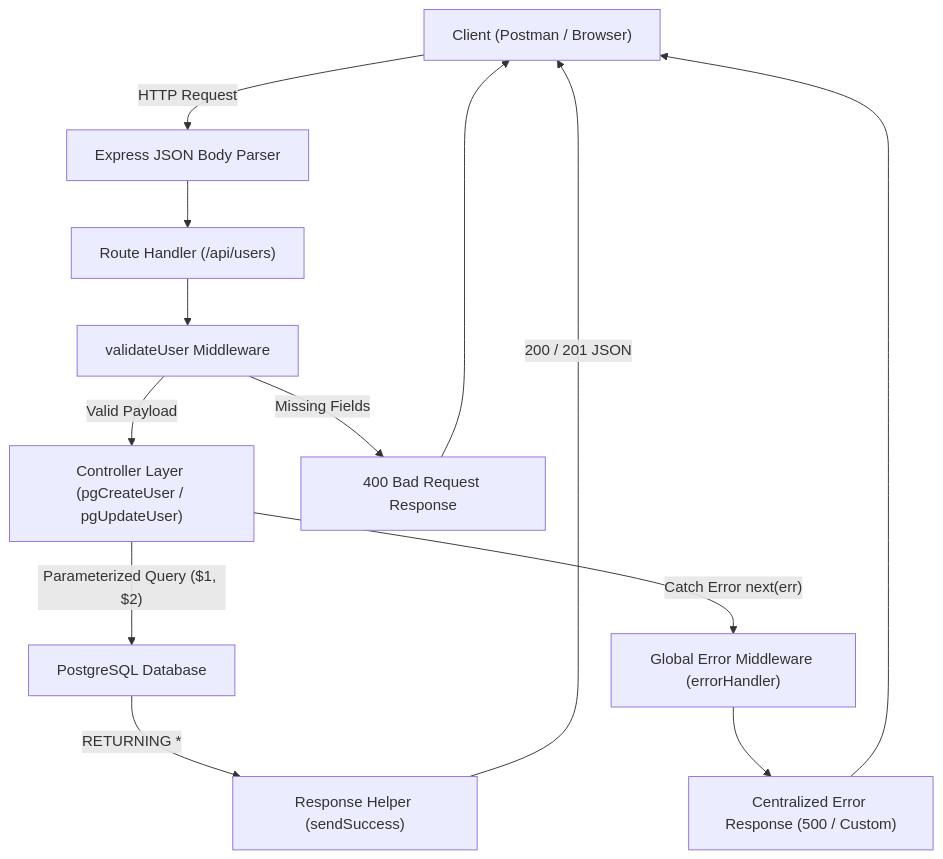
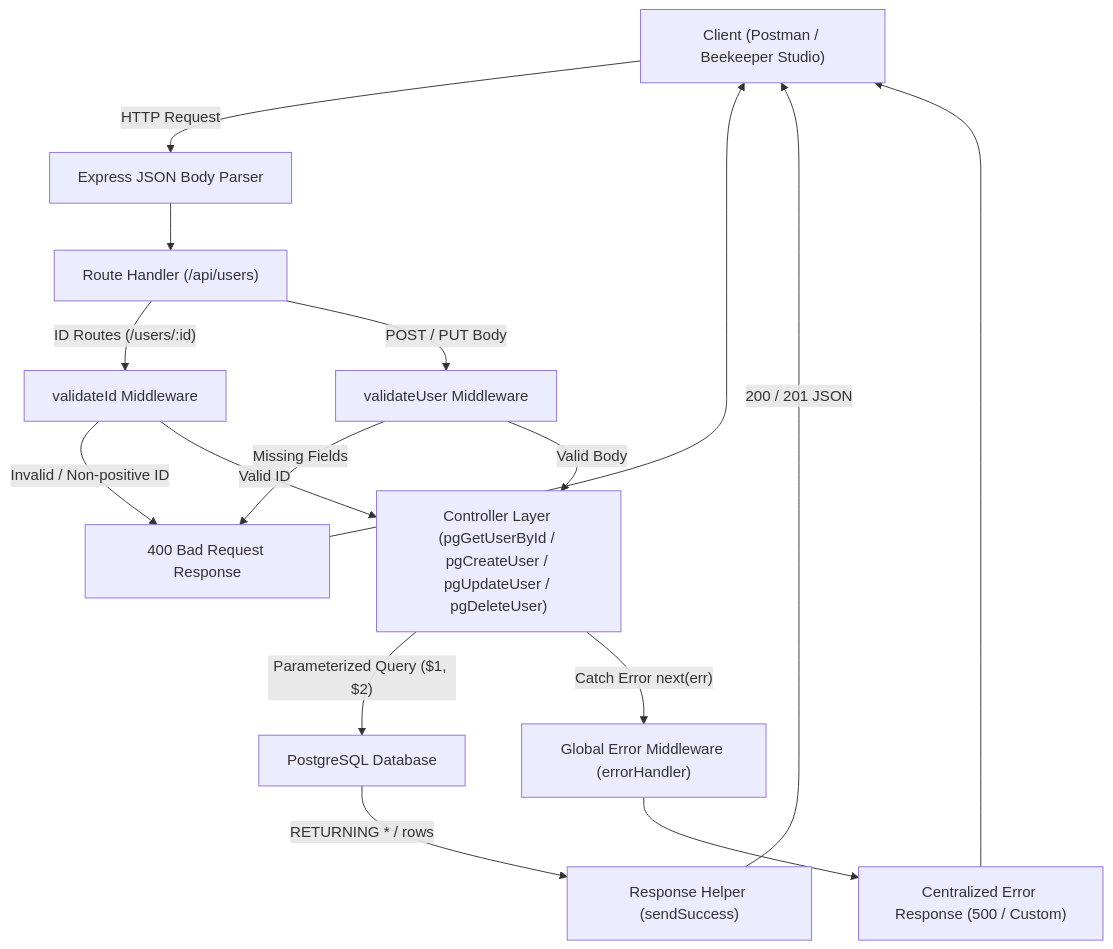
Before and after one commit to shinobi-010/crud-operations: the diagram in README.md, drawn with Mermaid. The commit also changed other lines of this file and 7 other files, not shown here.

Commit message:
api implementation - get by id and delete by id with validation

````diff
--- a/README.md
+++ b/README.md
@@ -19,19 +21,24 @@
 ```mermaid
 flowchart TD
-    Client["Client (Postman / Browser)"] -->|"HTTP Request"| BodyParser["Express JSON Body Parser"]
+    Client["Client (Postman / Beekeeper Studio)"] -->|"HTTP Request"| BodyParser["Express JSON Body Parser"]
     BodyParser --> Router["Route Handler (/api/users)"]
-    Router --> Validation["validateUser Middleware"]
-    
-    Validation -->|"Valid Payload"| Controller["Controller Layer (pgCreateUser / pgUpdateUser)"]
-    Validation -->|"Missing Fields"| ErrResp["400 Bad Request Response"]
-    
+  
+    Router -->|"ID Routes (/users/:id)"| IDVal["validateId Middleware"]
+    Router -->|"POST / PUT Body"| UserVal["validateUser Middleware"]
+  
+    IDVal -->|"Invalid / Non-positive ID"| ErrResp["400 Bad Request Response"]
+    UserVal -->|"Missing Fields"| ErrResp
+  
+    IDVal -->|"Valid ID"| Controller["Controller Layer (pgGetUserById / pgCreateUser / pgUpdateUser / pgDeleteUser)"]
+    UserVal -->|"Valid Body"| Controller
+  
     Controller -->|"Parameterized Query ($1, $2)"| DB["PostgreSQL Database"]
-    DB -->|"RETURNING *"| ResponseHelper["Response Helper (sendSuccess)"]
-    
+    DB -->|"RETURNING * / rows"| ResponseHelper["Response Helper (sendSuccess)"]
+  
     Controller -->|"Catch Error next(err)"| ErrorMiddleware["Global Error Middleware (errorHandler)"]
     ErrorMiddleware --> ErrResp2["Centralized Error Response (500 / Custom)"]
-    
+  
     ResponseHelper -->|"200 / 201 JSON"| Client
     ErrResp --> Client
     ErrResp2 --> Client
 ```
````
